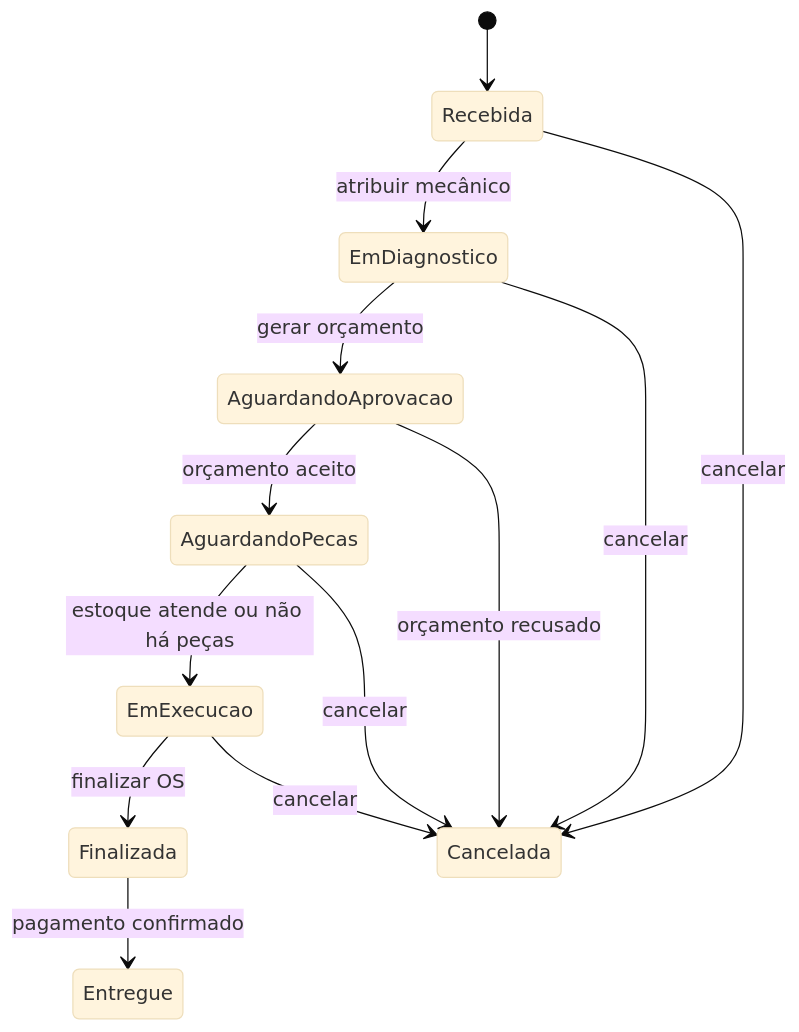
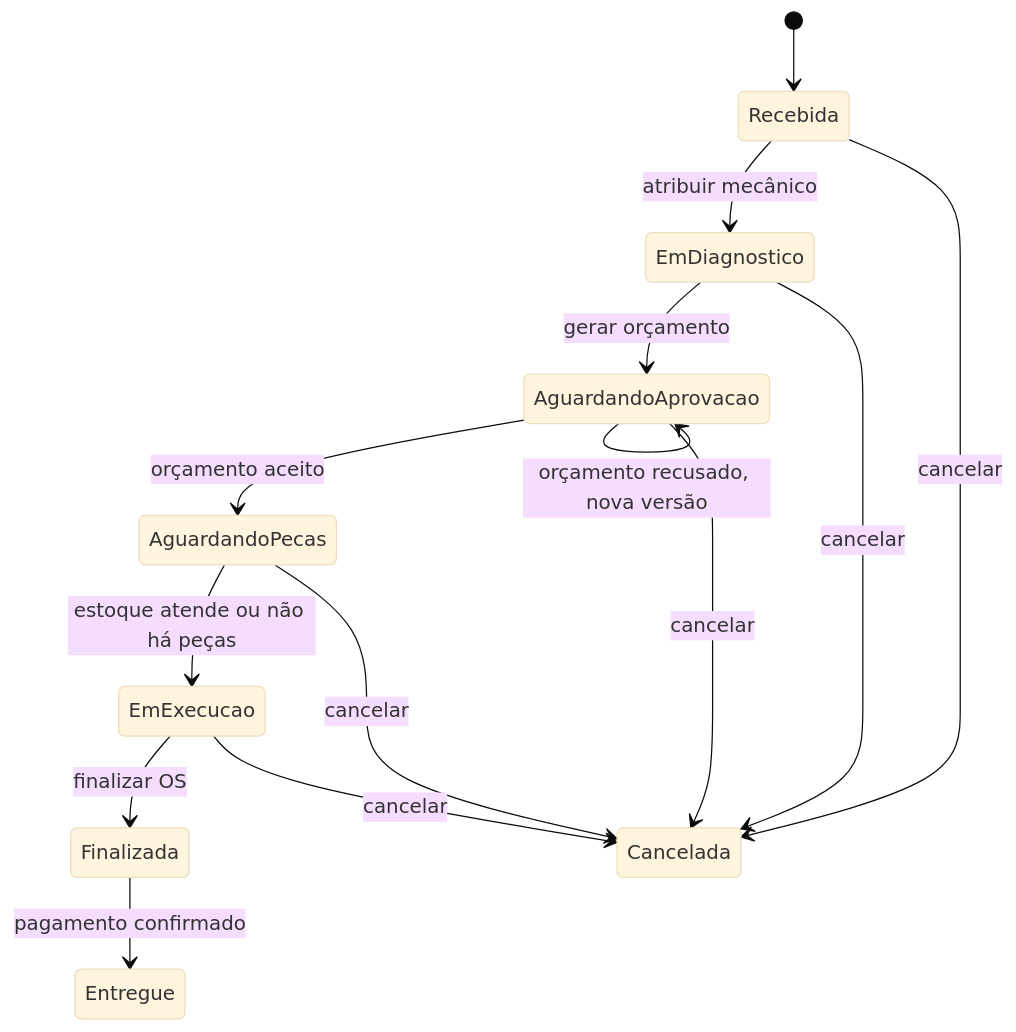
The diagram in docs/wiki/linguagem-ubiqua.md (FIAP-Arquitetura-de-Software-17SOAT/oficina-fiap-api), drawn with Mermaid (base theme) before and after one commit. The commit also changed other lines of this file and 23 other files, not shown here.

````diff
--- a/docs/wiki/linguagem-ubiqua.md
+++ b/docs/wiki/linguagem-ubiqua.md
@@ -246,15 +276,16 @@
 ```mermaid
 stateDiagram-v2
     [*] --> Recebida
     Recebida --> EmDiagnostico: atribuir mecânico
     EmDiagnostico --> AguardandoAprovacao: gerar orçamento
     AguardandoAprovacao --> AguardandoPecas: orçamento aceito
     AguardandoPecas --> EmExecucao: estoque atende ou não há peças
     EmExecucao --> Finalizada: finalizar OS
     Finalizada --> Entregue: pagamento confirmado
     Recebida --> Cancelada: cancelar
     EmDiagnostico --> Cancelada: cancelar
-    AguardandoAprovacao --> Cancelada: orçamento recusado
+    AguardandoAprovacao --> AguardandoAprovacao: orçamento recusado, nova versão
+    AguardandoAprovacao --> Cancelada: cancelar
     AguardandoPecas --> Cancelada: cancelar
     EmExecucao --> Cancelada: cancelar
 ```
````
